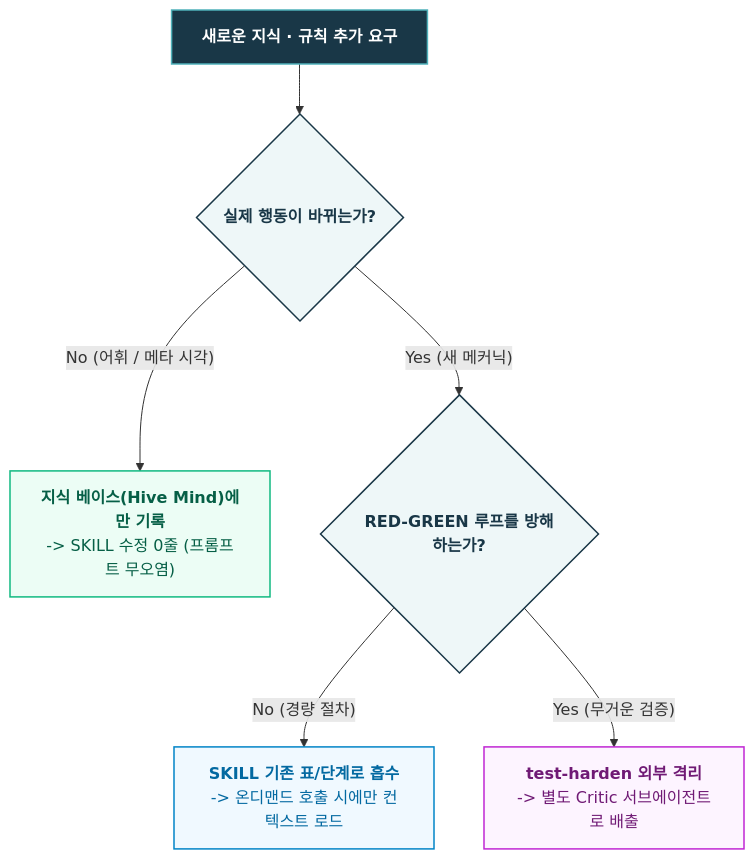
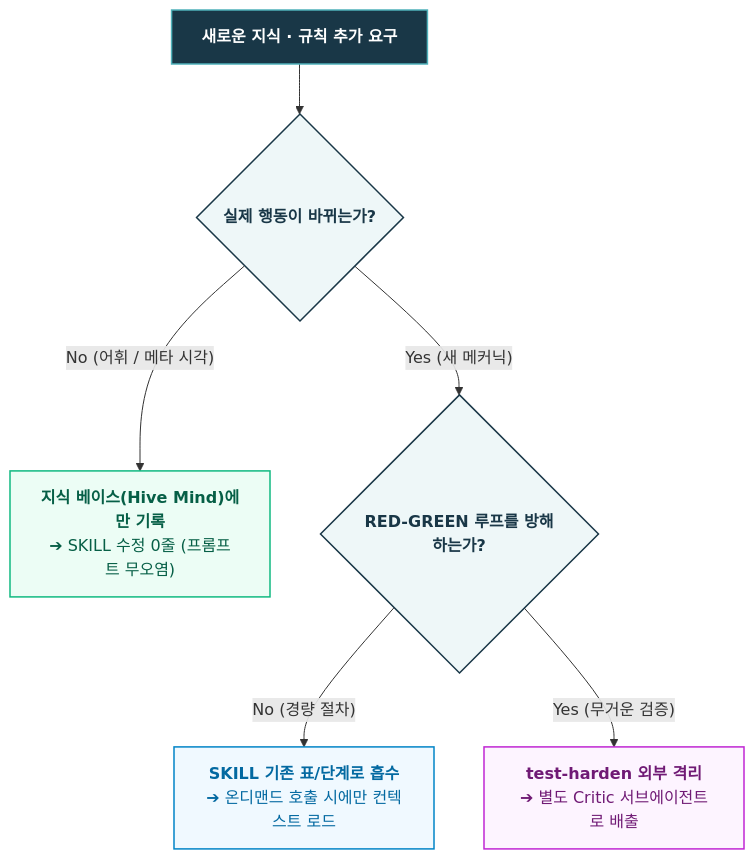
Before and after one commit to tomato-vault/tomato-vault.github.io: the second of 2 diagrams in _posts/tech/ai-agent-architecture/7 규칙이 64개나 있는데 왜 코드를 못 짜니.md, drawn with Mermaid. The commit also changed other lines of this file and 19 other files, not shown here.

First line of the commit message:
Refactor ontology engineering documentation with enhanced diagrams and clarity

````diff
--- a/_posts/tech/ai-agent-architecture/7 규칙이 64개나 있는데 왜 코드를 못 짜니.md
+++ b/_posts/tech/ai-agent-architecture/7 규칙이 64개나 있는데 왜 코드를 못 짜니.md
@@ -71,17 +71,17 @@
 ```mermaid
 flowchart TD
     classDef trigger fill:#193747,stroke:#4fb1ba,stroke-width:1.5px,color:#fff,font-weight:bold
     classDef gate fill:#eef7f8,stroke:#193747,stroke-width:1.5px,color:#193747,font-weight:bold
     classDef box1 fill:#ecfdf5,stroke:#10b981,stroke-width:1.5px,color:#065f46
     classDef box2 fill:#f0f9ff,stroke:#0284c7,stroke-width:1.5px,color:#0369a1
     classDef box3 fill:#fdf4ff,stroke:#c026d3,stroke-width:1.5px,color:#701a75
 
     REQ["새로운 지식 · 규칙 추가 요구"]:::trigger
     REQ --> G1{"실제 행동이 바뀌는가?"}:::gate
 
-    G1 -->|"No (어휘 / 메타 시각)"| B1["<b>지식 베이스(Hive Mind)에만 기록</b><br/>-> SKILL 수정 0줄 (프롬프트 무오염)"]:::box1
+    G1 -->|"No (어휘 / 메타 시각)"| B1["<b>지식 베이스(Hive Mind)에만 기록</b><br/>➔ SKILL 수정 0줄 (프롬프트 무오염)"]:::box1
     G1 -->|"Yes (새 메커닉)"| G2{"RED-GREEN 루프를 방해하는가?"}:::gate
 
-    G2 -->|"No (경량 절차)"| B2["<b>SKILL 기존 표/단계로 흡수</b><br/>-> 온디맨드 호출 시에만 컨텍스트 로드"]:::box2
-    G2 -->|"Yes (무거운 검증)"| B3["<b>test-harden 외부 격리</b><br/>-> 별도 Critic 서브에이전트로 배출"]:::box3
+    G2 -->|"No (경량 절차)"| B2["<b>SKILL 기존 표/단계로 흡수</b><br/>➔ 온디맨드 호출 시에만 컨텍스트 로드"]:::box2
+    G2 -->|"Yes (무거운 검증)"| B3["<b>test-harden 외부 격리</b><br/>➔ 별도 Critic 서브에이전트로 배출"]:::box3
 ```
````
